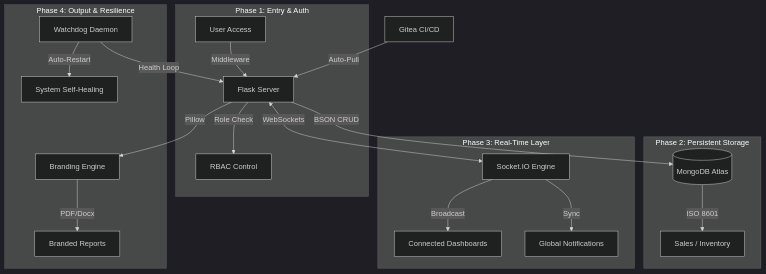
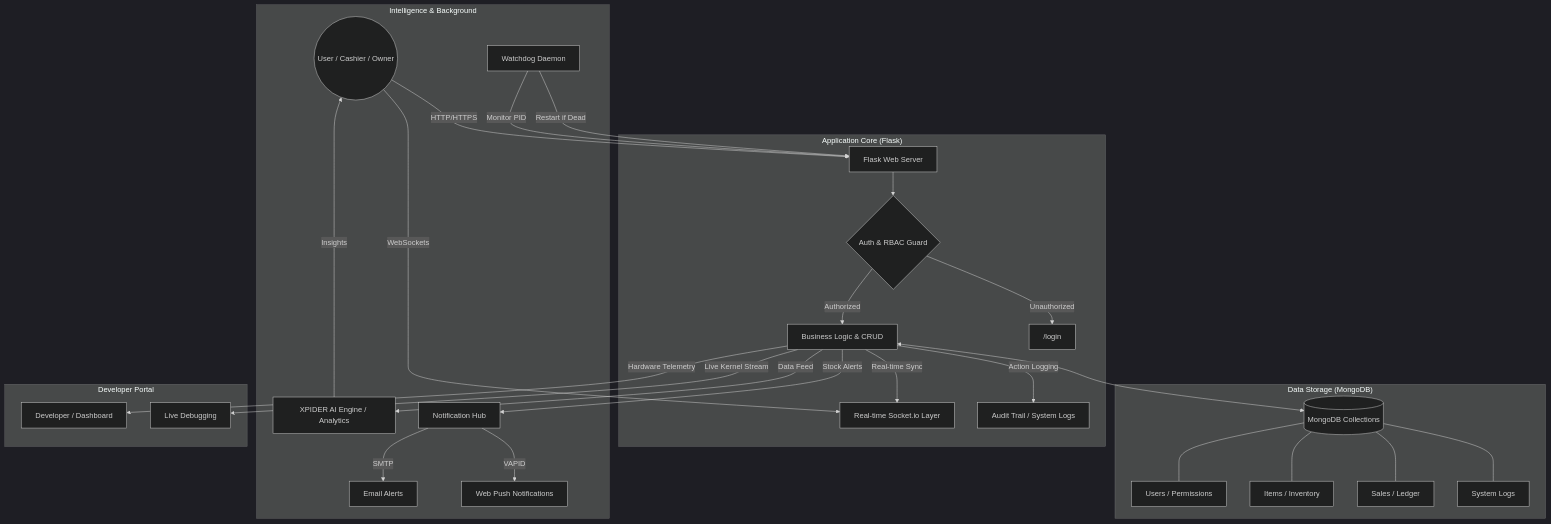
Before and after one commit to xpidersocial-byte/business-inventory-website: the diagram in README.md, drawn with Mermaid (dark theme).

Commit message:
docs: Update Mermaid architecture diagram in README.md

````diff
--- a/README.md
+++ b/README.md
@@ -10,27 +10,44 @@
 ```mermaid
 graph TD
-    subgraph "Phase 1: Entry & Auth"
-        UA[User Access] -->|Middleware| FS[Flask Server]
-        FS -->|Role Check| RB[RBAC Control]
+    %% User & External Interaction
+    User((User / Cashier / Owner)) -->|HTTP/HTTPS| WebServer["Flask Web Server"]
+    User -->|WebSockets| SocketIO["Real-time Socket.io Layer"]
+    
+    %% Core Logic & Security
+    subgraph "Application Core (Flask)"
+        WebServer --> RBAC{Auth & RBAC Guard}
+        RBAC -->|Authorized| Logic["Business Logic & CRUD"]
+        RBAC -->|Unauthorized| Login["/login"]
+        
+        Logic -->|Action Logging| AuditLog["Audit Trail / System Logs"]
+        Logic -->|Real-time Sync| SocketIO
     end
 
-    subgraph "Phase 2: Persistent Storage"
-        FS -->|BSON CRUD| DB[(MongoDB Atlas)]
-        DB -->|ISO 8601| SI[Sales / Inventory]
+    %% Data Layer
+    subgraph "Data Storage (MongoDB)"
+        Logic <--> DB[(MongoDB Collections)]
+        DB --- Users["Users / Permissions"]
+        DB --- Items["Items / Inventory"]
+        DB --- Sales["Sales / Ledger"]
+        DB --- Logs["System Logs"]
     end
 
-    subgraph "Phase 3: Real-Time Layer"
-        FS <-->|WebSockets| WS[Socket.IO Engine]
-        WS -->|Broadcast| CD[Connected Dashboards]
-        WS -->|Sync| NA[Global Notifications]
+    %% Intelligence & Automation
+    subgraph "Intelligence & Background"
+        Logic -->|Data Feed| AIEngine["XPIDER AI Engine / Analytics"]
+        AIEngine -->|Insights| User
+        
+        Watchdog["Watchdog Daemon"] -->|Monitor PID| WebServer
+        Watchdog -->|Restart if Dead| WebServer
+        
+        Logic -->|Stock Alerts| Notify["Notification Hub"]
+        Notify -->|SMTP| Email["Email Alerts"]
+        Notify -->|VAPID| Push["Web Push Notifications"]
     end
 
-    subgraph "Phase 4: Output & Resilience"
-        FS -->|Pillow| PIL[Branding Engine]
-        PIL -->|PDF/Docx| REP[Branded Reports]
-        WD[Watchdog Daemon] -->|Health Loop| FS
-        WD -->|Auto-Restart| AR[System Self-Healing]
+    %% Developer Portal
+    subgraph "Developer Portal"
+        Logic -->|Hardware Telemetry| DevPortal["Developer / Dashboard"]
+        Logic -->|Live Kernel Stream| LiveDebug["Live Debugging"]
     end
-
-    GT[Gitea CI/CD] -->|Auto-Pull| FS
 ```
````
